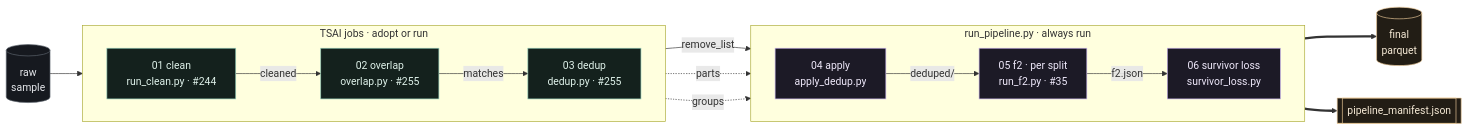
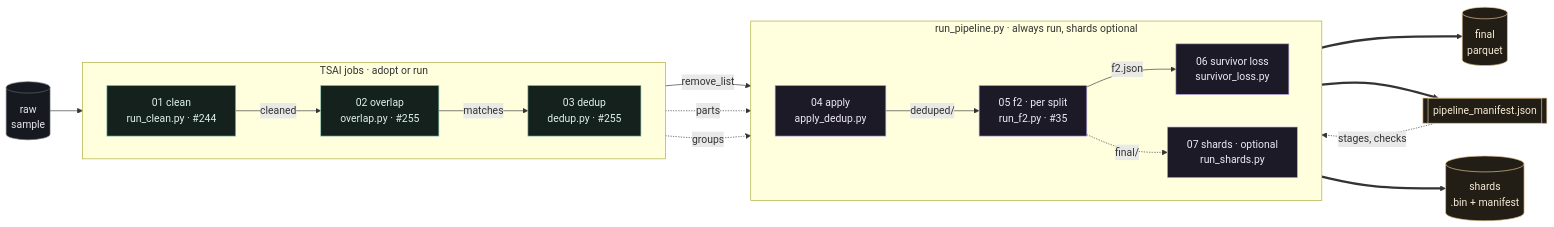
Before and after one commit to patilvijay23/era-v5-lab: the first of 2 diagrams in teams/01-data-a/pipeline/README.md, drawn with Mermaid. The commit also changed other lines of this file and 10 other files, not shown here.

````diff
--- a/teams/01-data-a/pipeline/README.md
+++ b/teams/01-data-a/pipeline/README.md
@@ -70,33 +76,37 @@
 ```mermaid
 flowchart LR
   raw[("raw<br/>sample")]:::data
 
   subgraph TSAI["TSAI jobs · adopt or run"]
     direction LR
     clean["01 clean<br/>run_clean.py · #244"]:::tsai
     overlap["02 overlap<br/>overlap.py · #255"]:::tsai
     dedup["03 dedup<br/>dedup.py · #255"]:::tsai
   end
 
-  subgraph RUNNER["run_pipeline.py · always run"]
+  subgraph RUNNER["run_pipeline.py · always run, shards optional"]
     direction LR
     apply["04 apply<br/>apply_dedup.py"]:::mine
     f2["05 f2 · per split<br/>run_f2.py · #35"]:::mine
     loss["06 survivor loss<br/>survivor_loss.py"]:::mine
+    shards["07 shards · optional<br/>run_shards.py"]:::mine
   end
 
   raw --> clean -->|"cleaned"| overlap
   overlap -->|"matches"| dedup
   dedup -->|"remove_list"| apply
   clean -.->|"parts"| apply
   apply -->|"deduped/"| f2
   f2 -->|"f2.json"| loss
   dedup -.->|"groups"| loss
   f2 ==> final[("final<br/>parquet")]:::out
   loss ==> man[["pipeline_manifest.json"]]:::out
+  f2 -.->|"final/"| shards
+  man -.->|"stages, checks"| shards
+  shards ==> tokens[("shards<br/>.bin + manifest")]:::out
 
   classDef data fill:#16191f,stroke:#5f6670,color:#e6e8ec
   classDef tsai fill:#14211d,stroke:#8fc9b5,color:#dff2ea
   classDef mine fill:#1c1a26,stroke:#c3aee8,color:#efe9fb
   classDef out fill:#221d15,stroke:#edcb9a,color:#f6ead6
 ```
````
